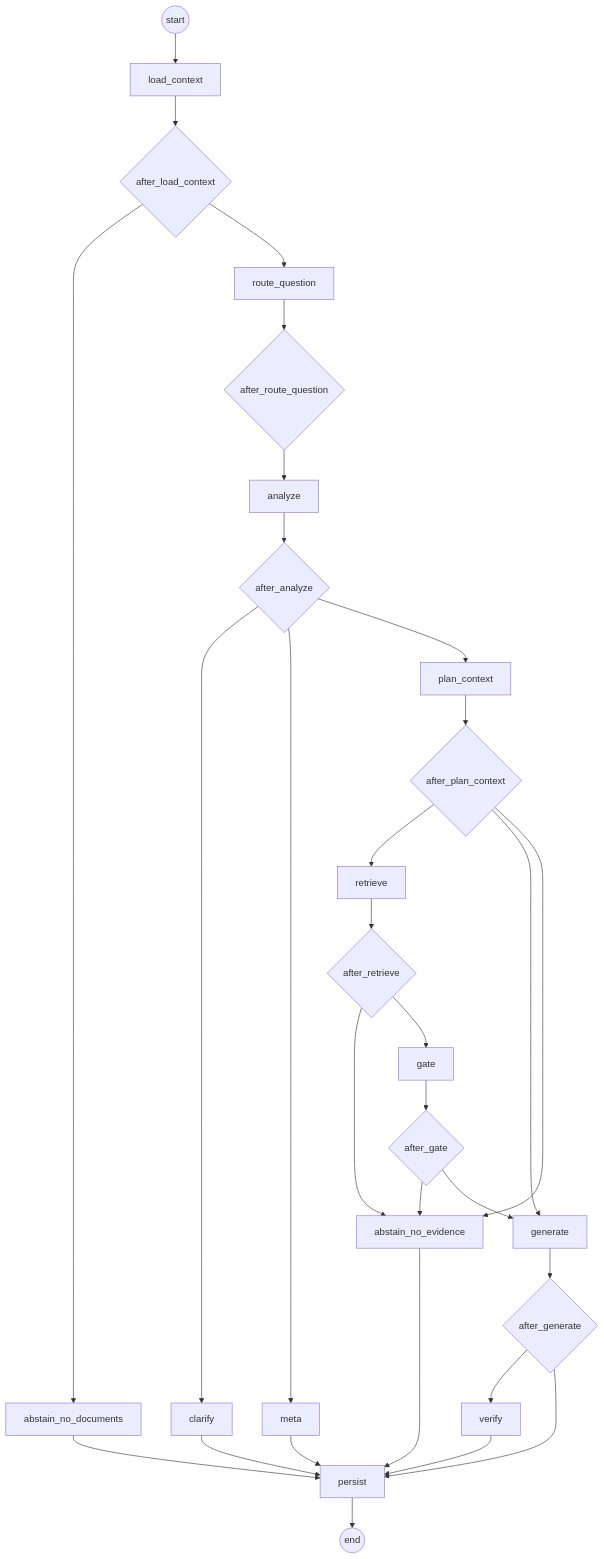
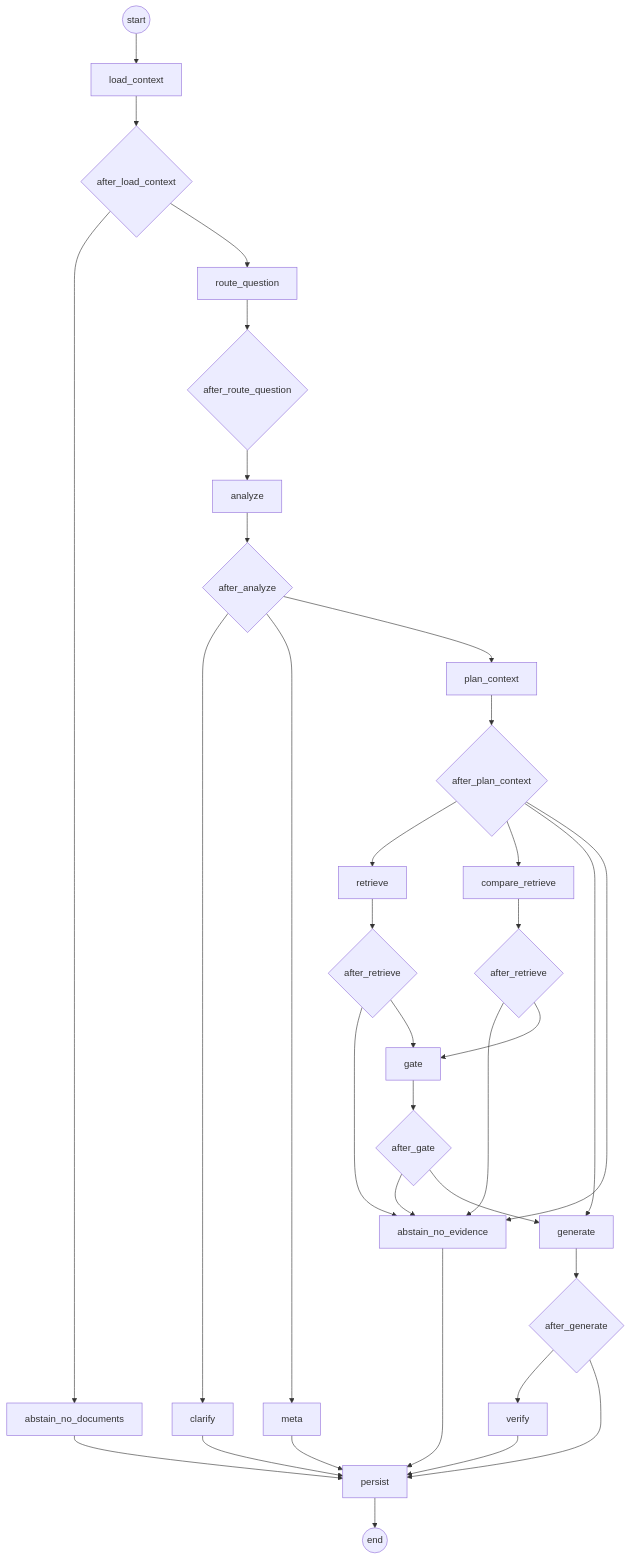
The diagram in docs/img/chat_turn.mmd (Madhav2310/Vault-System), drawn with Mermaid before and after one commit. The commit also changed 1 other file, not shown here.

Commit message:
Merge lane U follow-up: diagram regenerated, ticks

```diff
--- a/docs/img/chat_turn.mmd
+++ b/docs/img/chat_turn.mmd
@@ -1,43 +1,48 @@
 flowchart TD
     start((start)) --> load_context
     load_context["load_context"]
     route_question["route_question"]
     analyze["analyze"]
     plan_context["plan_context"]
     retrieve["retrieve"]
+    compare_retrieve["compare_retrieve"]
     gate["gate"]
     generate["generate"]
     verify["verify"]
     clarify["clarify"]
     meta["meta"]
     abstain_no_documents["abstain_no_documents"]
     abstain_no_evidence["abstain_no_evidence"]
     persist["persist"]
     load_context --> load_context__r{after_load_context}
     load_context__r --> abstain_no_documents
     load_context__r --> route_question
     route_question --> route_question__r{after_route_question}
     route_question__r --> analyze
     analyze --> analyze__r{after_analyze}
     analyze__r --> clarify
     analyze__r --> meta
     analyze__r --> plan_context
     plan_context --> plan_context__r{after_plan_context}
     plan_context__r --> retrieve
+    plan_context__r --> compare_retrieve
     plan_context__r --> generate
     plan_context__r --> abstain_no_evidence
     retrieve --> retrieve__r{after_retrieve}
     retrieve__r --> abstain_no_evidence
     retrieve__r --> gate
+    compare_retrieve --> compare_retrieve__r{after_retrieve}
+    compare_retrieve__r --> abstain_no_evidence
+    compare_retrieve__r --> gate
     gate --> gate__r{after_gate}
     gate__r --> abstain_no_evidence
     gate__r --> generate
     generate --> generate__r{after_generate}
     generate__r --> verify
     generate__r --> persist
     verify --> persist
     clarify --> persist
     meta --> persist
     abstain_no_documents --> persist
     abstain_no_evidence --> persist
     persist --> end_((end))
```
